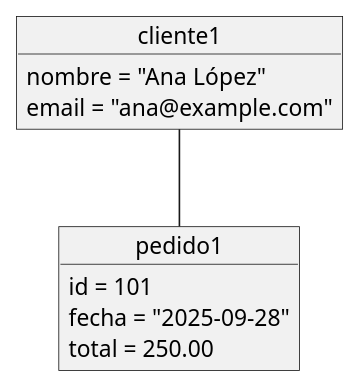
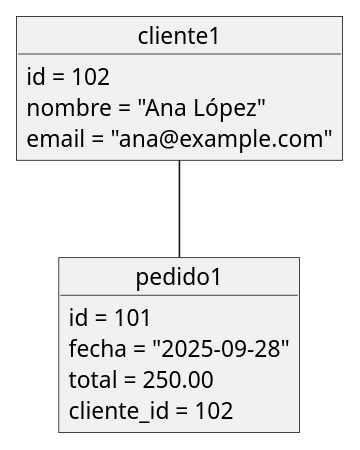
Before and after one commit to pepesan/enterprise-architect-avanzado-uml: the diagram in doc/04_objeto/plantuml/02_dos_objetos.puml, drawn with PlantUML. The commit also changed 2 other files, not shown here.

Commit message:
mejorado ejemplo objetos y hecho el ejercicio de crear el diagrama de objetos de ejemplo para la biblioteca

```diff
--- a/doc/04_objeto/plantuml/02_dos_objetos.puml
+++ b/doc/04_objeto/plantuml/02_dos_objetos.puml
@@ -1,14 +1,16 @@
 @startuml
 object cliente1 {
+  id = 102
   nombre = "Ana López"
   email = "ana@example.com"
 }
 
 object pedido1 {
   id = 101
   fecha = "2025-09-28"
   total = 250.00
+  cliente_id = 102
 }
 
 cliente1 -- pedido1
 @enduml
```
